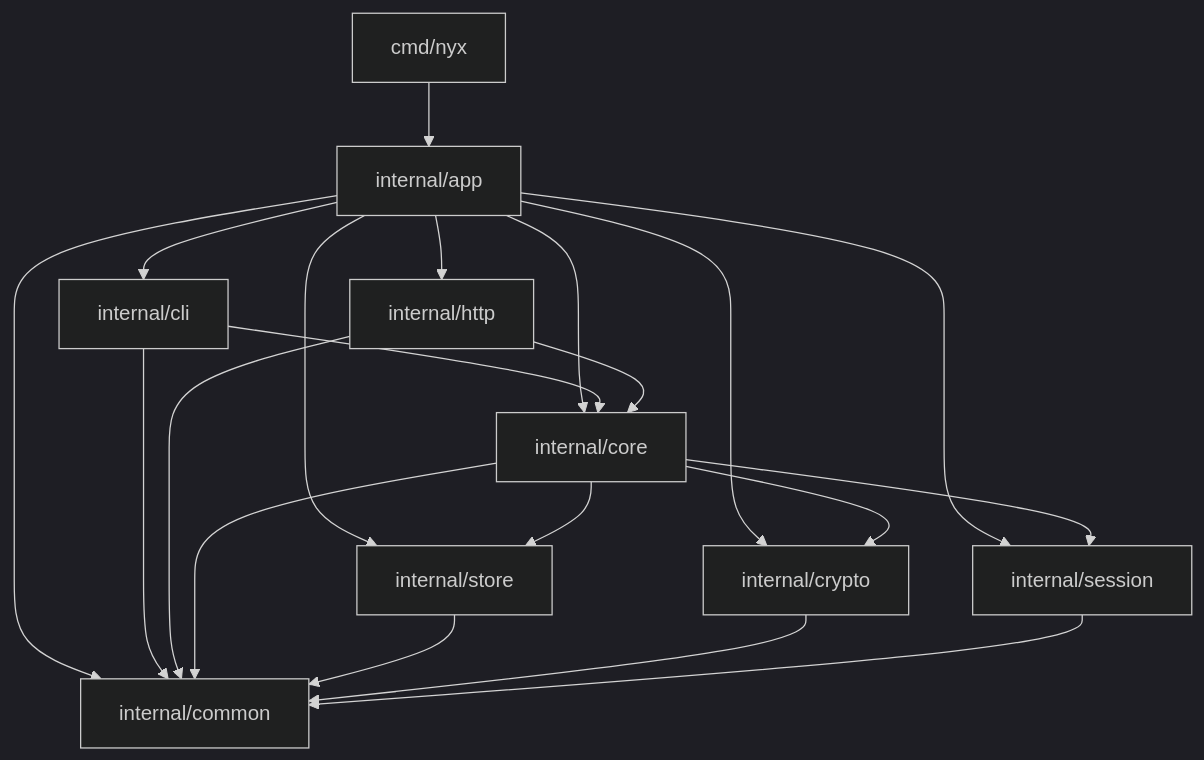
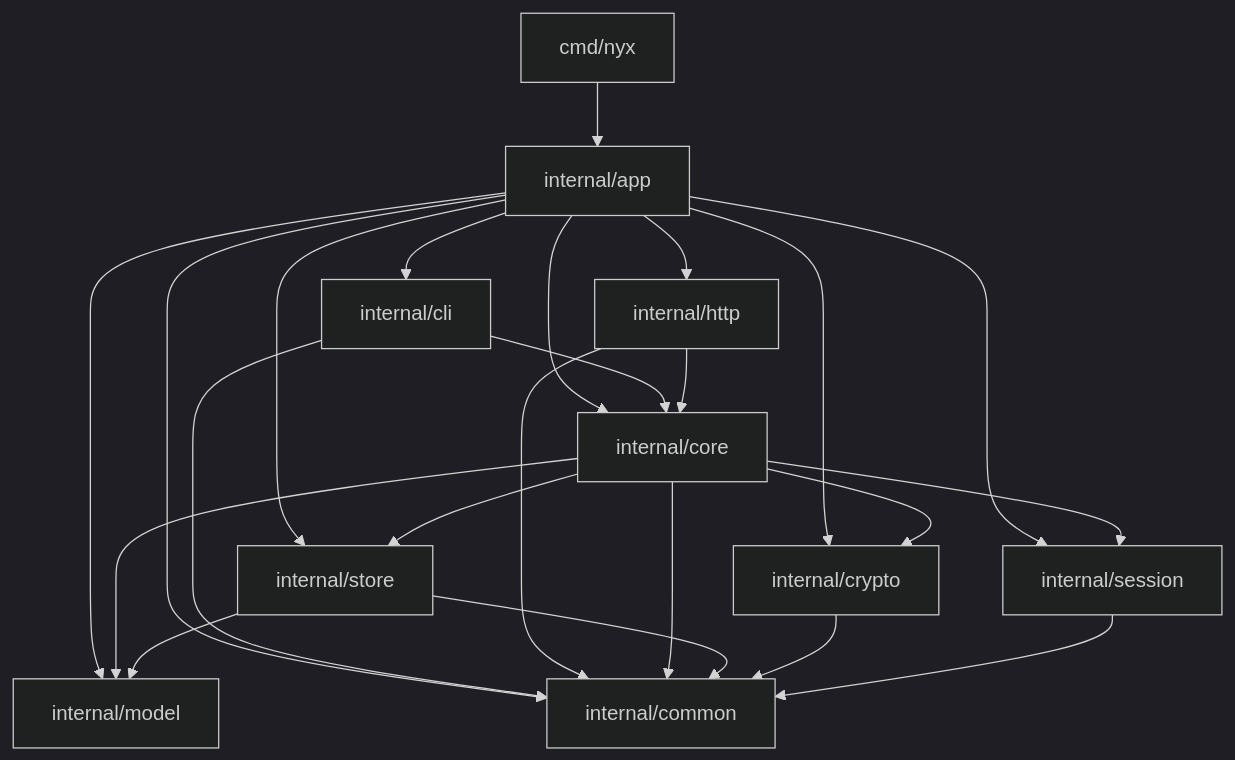
One commit to expinc/nyx changed the diagram in doc/architecture.md. Above: the diagram before and after it, drawn with Mermaid (dark theme). The commit also changed other lines of this file and 2 other files, not shown here.

````diff
--- a/doc/architecture.md
+++ b/doc/architecture.md
@@ -107,23 +120,26 @@
 ```mermaid
 flowchart TD
 	A[cmd/nyx] --> H[internal/app]
 	H --> B[internal/cli]
 	H --> C[internal/http]
 	H --> D[internal/core]
 	H --> E[internal/store]
 	H --> F[internal/crypto]
 	H --> G[internal/session]
 	H --> I[internal/common]
+	H --> J[internal/model]
 
 	B --> D
 	C --> D
 	D --> E
 	D --> F
 	D --> G
+	D --> J
+	E --> J
 	B --> I
 	C --> I
 	D --> I
 	E --> I
 	F --> I
 	G --> I
 ```
````
